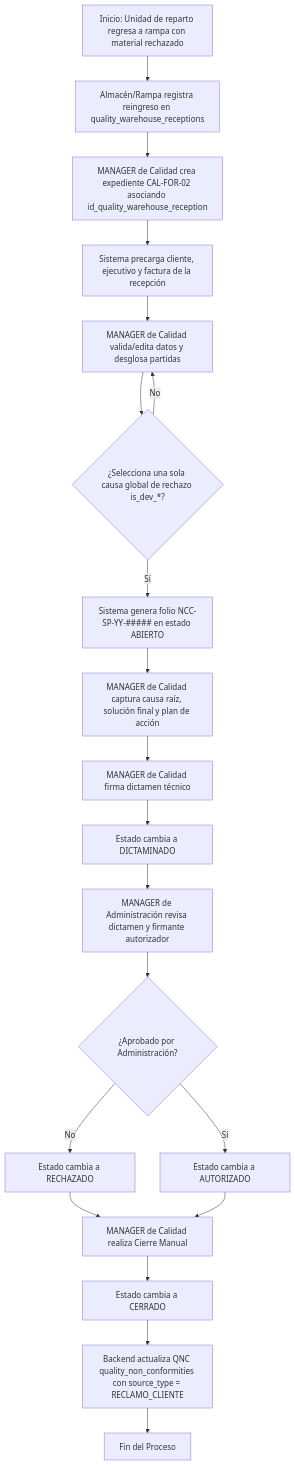
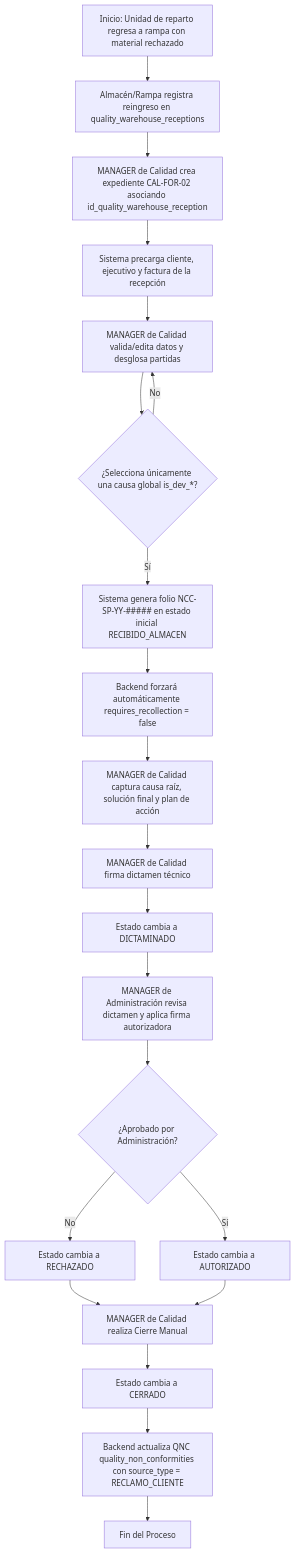
The second of 3 diagrams in docs/modules/product_rejection.md (Automatizacion-KPC/KoonolApp), drawn with Mermaid before and after one commit. The commit also changed other lines of this file, not shown here.

Commit message:
docs(cpr/docs): actualizar diagramas de flujo respecto a todos los cambios realizados en BR y US [chore]

````diff
--- a/docs/modules/product_rejection.md
+++ b/docs/modules/product_rejection.md
@@ -198,22 +198,23 @@
 ```mermaid
 graph TD
     A[Inicio: Unidad de reparto regresa a rampa con material rechazado] --> B[Almacén/Rampa registra reingreso en quality_warehouse_receptions]
     B --> C[MANAGER de Calidad crea expediente CAL-FOR-02 asociando id_quality_warehouse_reception]
     C --> D[Sistema precarga cliente, ejecutivo y factura de la recepción]
     D --> E[MANAGER de Calidad valida/edita datos y desglosa partidas]
-    E --> F{¿Selecciona una sola causa global de rechazo is_dev_*?}
+    E --> F{¿Selecciona únicamente una causa global is_dev_*?}
     F -- No --> E
-    F -- Sí --> G[Sistema genera folio NCC-SP-YY-##### en estado ABIERTO]
-    G --> H[MANAGER de Calidad captura causa raíz, solución final y plan de acción]
-    H --> I[MANAGER de Calidad firma dictamen técnico]
-    I --> J[Estado cambia a DICTAMINADO]
-    J --> K[MANAGER de Administración revisa dictamen y firmante autorizador]
-    K --> L{¿Aprobado por Administración?}
-    L -- No --> M[Estado cambia a RECHAZADO]
-    L -- Sí --> N[Estado cambia a AUTORIZADO]
-    M --> O[MANAGER de Calidad realiza Cierre Manual]
-    N --> O
-    O --> P[Estado cambia a CERRADO]
-    P --> Q[Backend actualiza QNC quality_non_conformities con source_type = RECLAMO_CLIENTE]
-    Q --> R[Fin del Proceso]
+    F -- Sí --> G[Sistema genera folio NCC-SP-YY-##### en estado inicial RECIBIDO_ALMACEN]
+    G --> H[Backend forzará automáticamente requires_recollection = false]
+    H --> I[MANAGER de Calidad captura causa raíz, solución final y plan de acción]
+    I --> J[MANAGER de Calidad firma dictamen técnico]
+    J --> K[Estado cambia a DICTAMINADO]
+    K --> L[MANAGER de Administración revisa dictamen y aplica firma autorizadora]
+    L --> M{¿Aprobado por Administración?}
+    M -- No --> N[Estado cambia a RECHAZADO]
+    M -- Sí --> O[Estado cambia a AUTORIZADO]
+    N --> P[MANAGER de Calidad realiza Cierre Manual]
+    O --> P
+    P --> Q[Estado cambia a CERRADO]
+    Q --> R[Backend actualiza QNC quality_non_conformities con source_type = RECLAMO_CLIENTE]
+    R --> S[Fin del Proceso]
 ```
````
